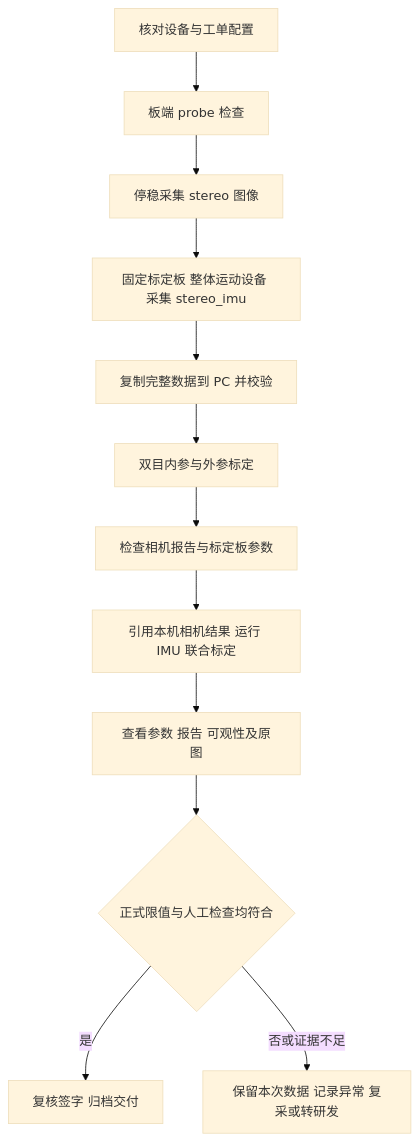
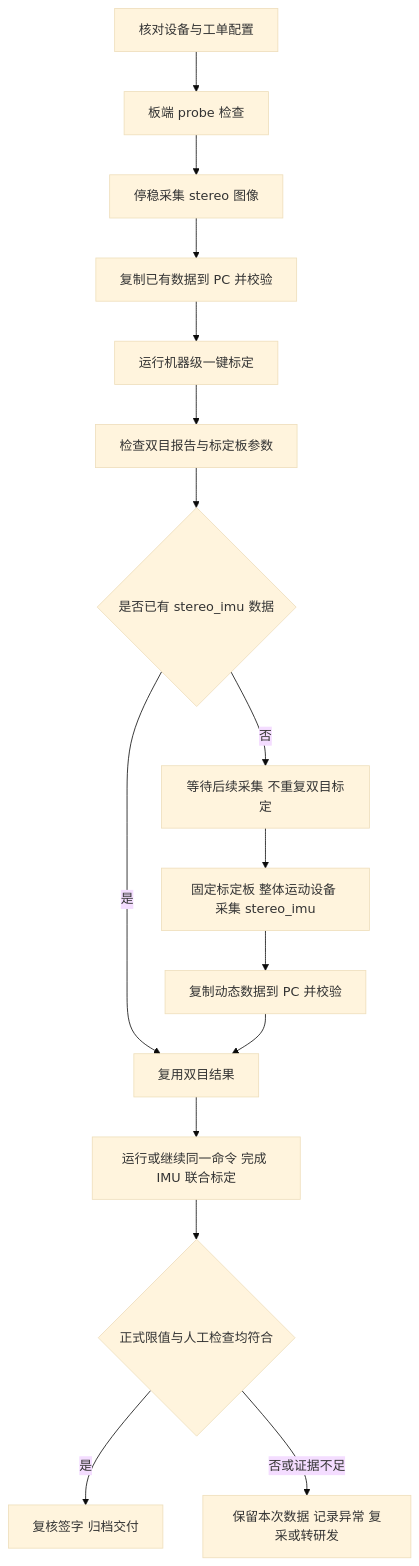
One commit to Vincent11499/kalibr_no_ros changed the diagram in docs/CALIBRATION_SOP_ZH.md. Above: the diagram before and after it, drawn with Mermaid (base theme). The commit also changed other lines of this file and 23 other files, not shown here.

````diff
--- a/docs/CALIBRATION_SOP_ZH.md
+++ b/docs/CALIBRATION_SOP_ZH.md
@@ -15,14 +15,18 @@
 ```mermaid
 flowchart TD
     A[核对设备与工单配置] --> B[板端 probe 检查]
     B --> C[停稳采集 stereo 图像]
-    C --> D[固定标定板 整体运动设备 采集 stereo_imu]
-    D --> E[复制完整数据到 PC 并校验]
-    E --> F[双目内参与外参标定]
-    F --> G[检查相机报告与标定板参数]
-    G --> H[引用本机相机结果 运行 IMU 联合标定]
-    H --> I[查看参数 报告 可观性及原图]
+    C --> E[复制已有数据到 PC 并校验]
+    E --> F[运行机器级一键标定]
+    F --> G[检查双目报告与标定板参数]
+    G --> D{是否已有 stereo_imu 数据}
+    D -->|否| W[等待后续采集 不重复双目标定]
+    W --> H[固定标定板 整体运动设备 采集 stereo_imu]
+    D -->|是| R[复用双目结果]
+    H --> X[复制动态数据到 PC 并校验]
+    X --> R
+    R --> I[运行或继续同一命令 完成 IMU 联合标定]
     I --> J{正式限值与人工检查均符合}
     J -->|是| K[复核签字 归档交付]
     J -->|否或证据不足| L[保留本次数据 记录异常 复采或转研发]
 ```
````
